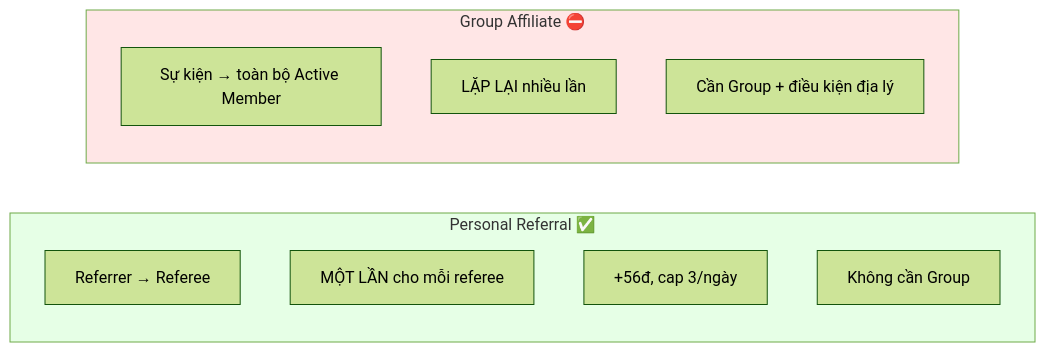
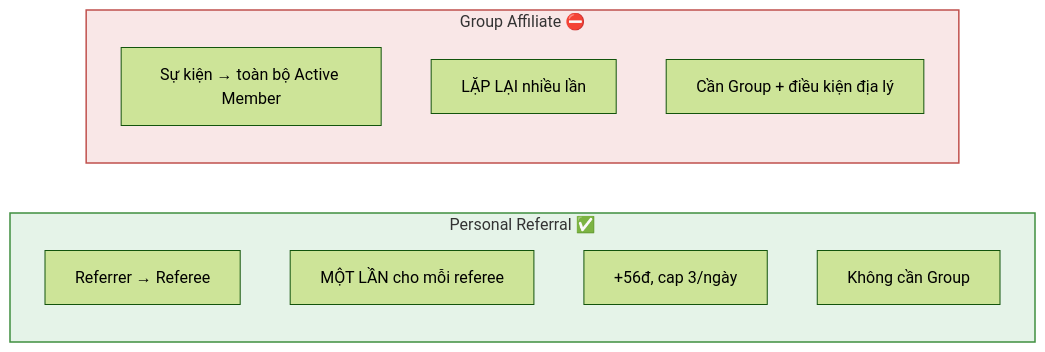
Before and after one commit to fdshn/trueheart: the first of 4 diagrams in docs/diagram/23-referral.md, drawn with Mermaid (forest theme). The commit also changed other lines of this file and 30 other files, not shown here.

First line of the commit message:
docs(diagram): chữ trong khối tô màu đọc được ở cả giao diện sáng và tối

````diff
--- a/docs/diagram/23-referral.md
+++ b/docs/diagram/23-referral.md
@@ -7,17 +7,17 @@
 ```mermaid
 flowchart LR
     subgraph P["Personal Referral ✅"]
         P1["Referrer → Referee"]
         P2["MỘT LẦN cho mỗi referee"]
         P3["+56đ, cap 3/ngày"]
         P4["Không cần Group"]
     end
     subgraph A["Group Affiliate ⛔"]
         A1["Sự kiện → toàn bộ Active Member"]
         A2["LẶP LẠI nhiều lần"]
         A3["Cần Group + điều kiện địa lý"]
     end
 
-    style P fill:#e6ffe6
-    style A fill:#ffe6e6
+    style P fill:#3ca05021,stroke:#3f8f3f,stroke-width:1.5px
+    style A fill:#d2464621,stroke:#c0504d,stroke-width:1.5px
 ```
````
